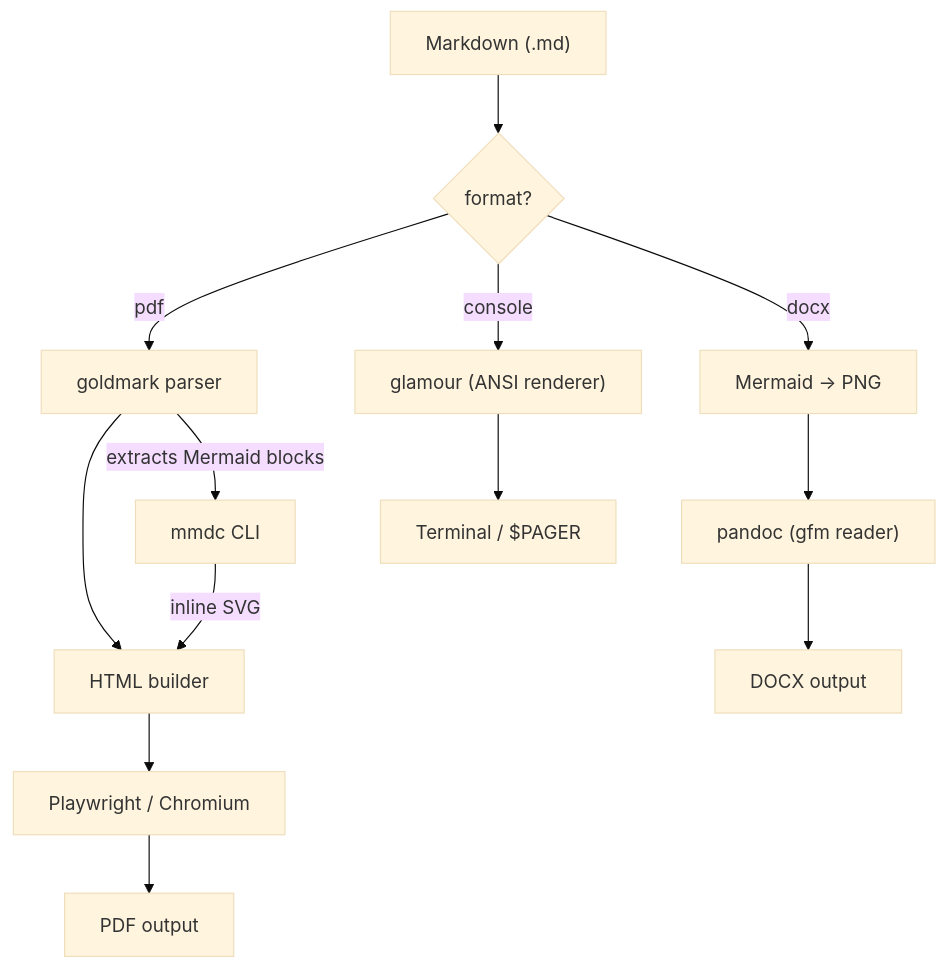
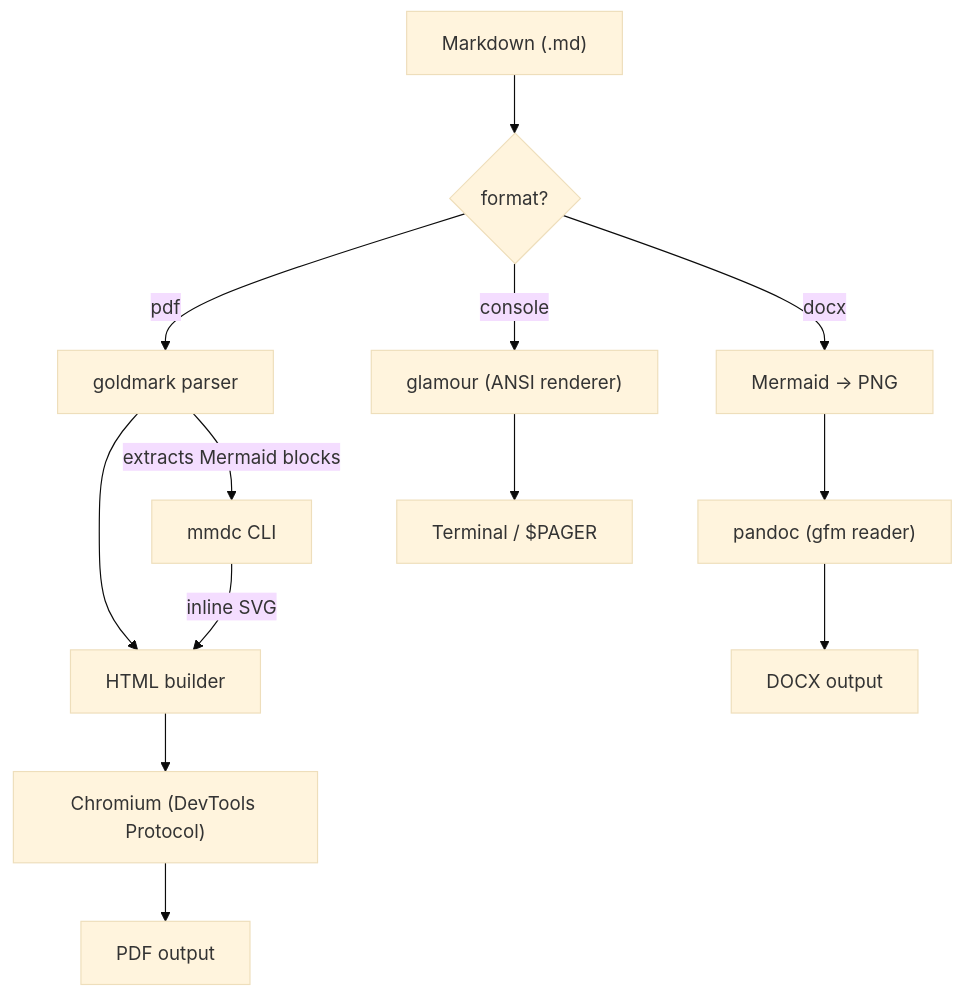
One commit to 135yshr/md2pdf changed the diagram in README.md. Above: the diagram before and after it, drawn with Mermaid (base theme). The commit also changed other lines of this file and 15 other files, not shown here.

First line of the commit message:
:sparkles: feat: drive Chromium from Go and drop the Python/Playwright dependency (#56)

````diff
--- a/README.md
+++ b/README.md
@@ -185,15 +184,15 @@
 ```mermaid
 flowchart TD
     A["Markdown (.md)"] --> E{format?}
     E -->|pdf| B[goldmark parser]
     B --> C[HTML builder]
     B -->|extracts Mermaid blocks| D[mmdc CLI]
     D -->|inline SVG| C
-    C --> F["Playwright / Chromium"]
+    C --> F["Chromium (DevTools Protocol)"]
     F --> G[PDF output]
     E -->|docx| J[Mermaid → PNG]
     J --> H["pandoc (gfm reader)"]
     H --> I[DOCX output]
     E -->|console| K["glamour (ANSI renderer)"]
     K --> L["Terminal / $PAGER"]
 ```
````
